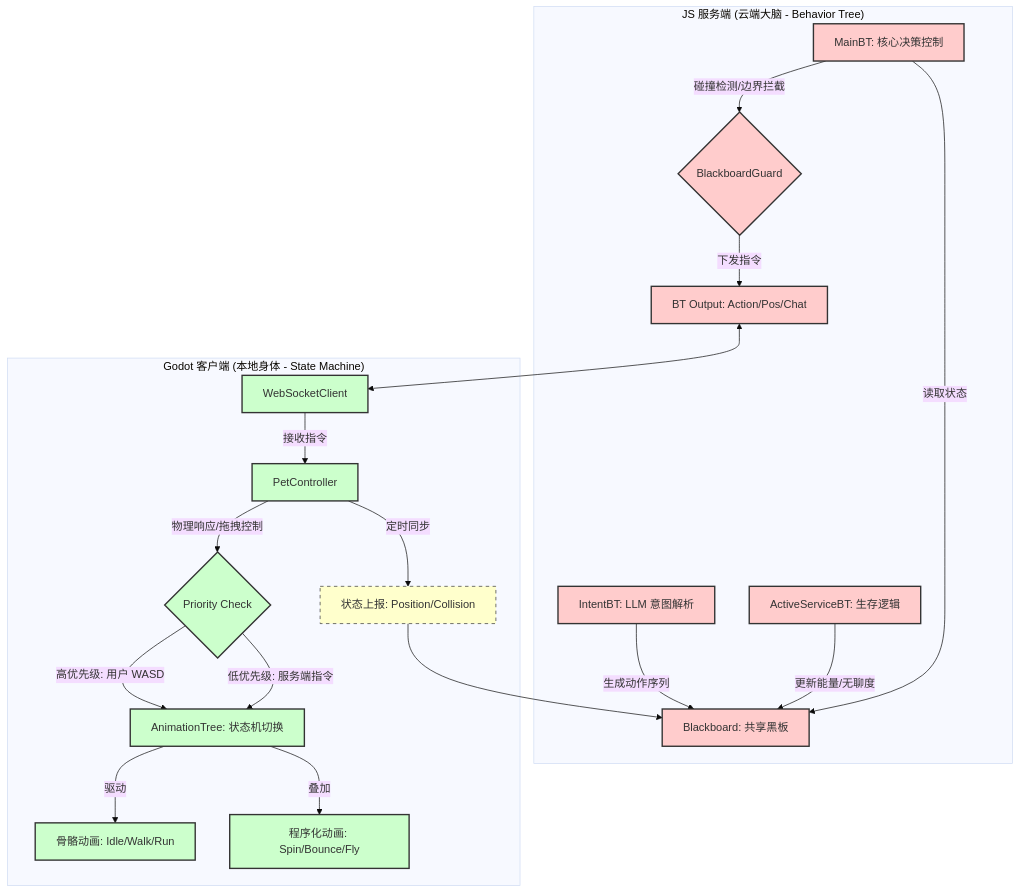
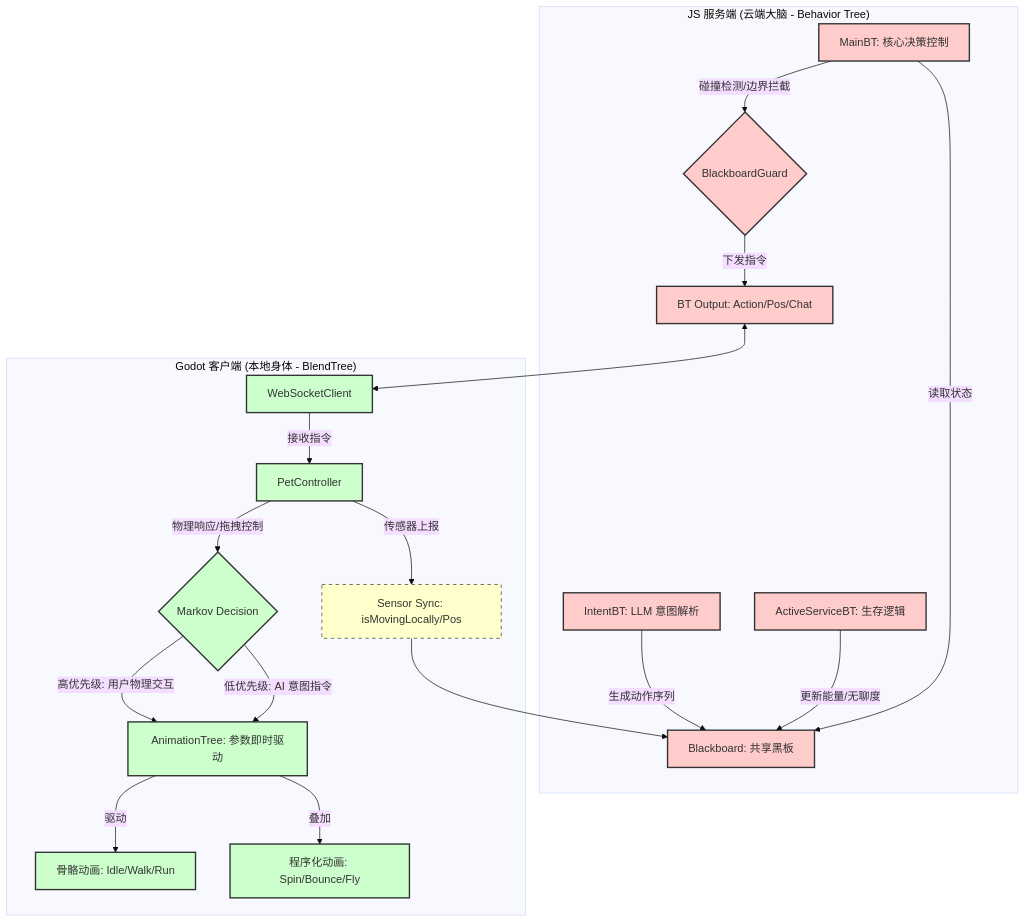
One commit to tutan123/godot_pet changed the first of 15 diagrams in docs/行为树和状态机选择.md. Above: the diagram before and after it, drawn with Mermaid (base theme). The commit also changed other lines of this file and 16 other files, not shown here.

Commit message:
feat: BlendTree迁移与状态声明式通信架构升级主要变更：- 完成从StateMachine到BlendTree的全面迁移- 实现参数驱动的动画控制系统（blend_position/blend_amount）- 采用马尔可夫决策模型重构服务端行为树通信- 建立本地物理混合与服务端决策的职责划分文档更新：- 新增BlendTree迁移文档- 更新状态声明式通信架构改进方案- 完善动作逻辑职责划分文档- 更新动作系统、黑板系统等相关文档代码实现：- 更新pet.tscn场景配置- 修改pet_controller.gd以适配BlendTree架构

````diff
--- a/docs/行为树和状态机选择.md
+++ b/docs/行为树和状态机选择.md
@@ -69,31 +64,31 @@
 ```mermaid
 graph TD
     subgraph "JS 服务端 (云端大脑 - Behavior Tree)"
         A[IntentBT: LLM 意图解析] -->|生成动作序列| B[Blackboard: 共享黑板]
         C[ActiveServiceBT: 生存逻辑] -->|更新能量/无聊度| B
         D[MainBT: 核心决策控制] -->|读取状态| B
         D -->|碰撞检测/边界拦截| E{BlackboardGuard}
         E -->|下发指令| F[BT Output: Action/Pos/Chat]
     end
 
-    subgraph "Godot 客户端 (本地身体 - State Machine)"
+    subgraph "Godot 客户端 (本地身体 - BlendTree)"
         G[WebSocketClient] -->|接收指令| H[PetController]
-        H -->|物理响应/拖拽控制| I{Priority Check}
-        I -->|高优先级: 用户 WASD| J[AnimationTree: 状态机切换]
-        I -->|低优先级: 服务端指令| J
+        H -->|物理响应/拖拽控制| I{Markov Decision}
+        I -->|高优先级: 用户物理交互| J[AnimationTree: 参数即时驱动]
+        I -->|低优先级: AI 意图指令| J
         J -->|驱动| K[骨骼动画: Idle/Walk/Run]
         J -->|叠加| L[程序化动画: Spin/Bounce/Fly]
-        H -->|定时同步| M[状态上报: Position/Collision]
+        H -->|传感器上报| M[Sensor Sync: isMovingLocally/Pos]
     end
 
     F <--> G
     M --> B
 
     classDef brain fill:#ffcccc,stroke:#333,stroke-width:2px;
     classDef body fill:#ccffcc,stroke:#333,stroke-width:2px;
     classDef sync fill:#ffffcc,stroke:#333,stroke-dasharray: 5 5;
 
     class A,B,C,D,E,F brain;
     class G,H,I,J,K,L body;
     class M sync;
 ```
````
